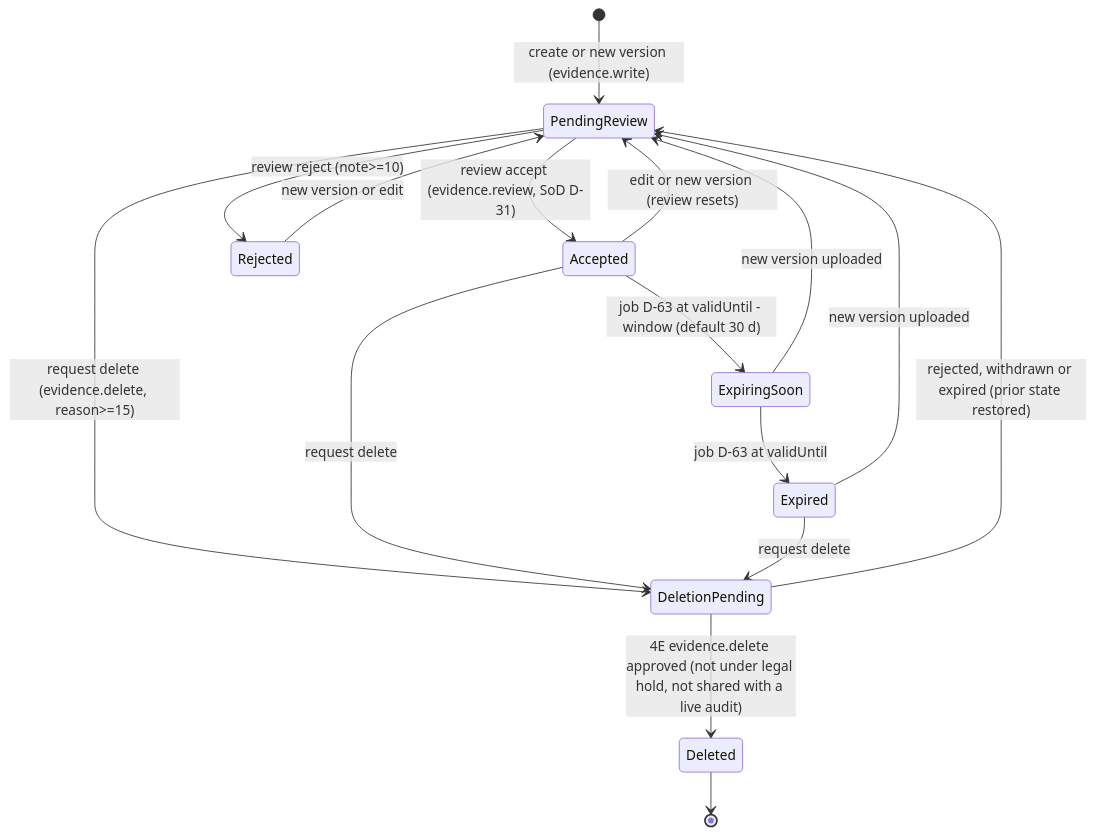
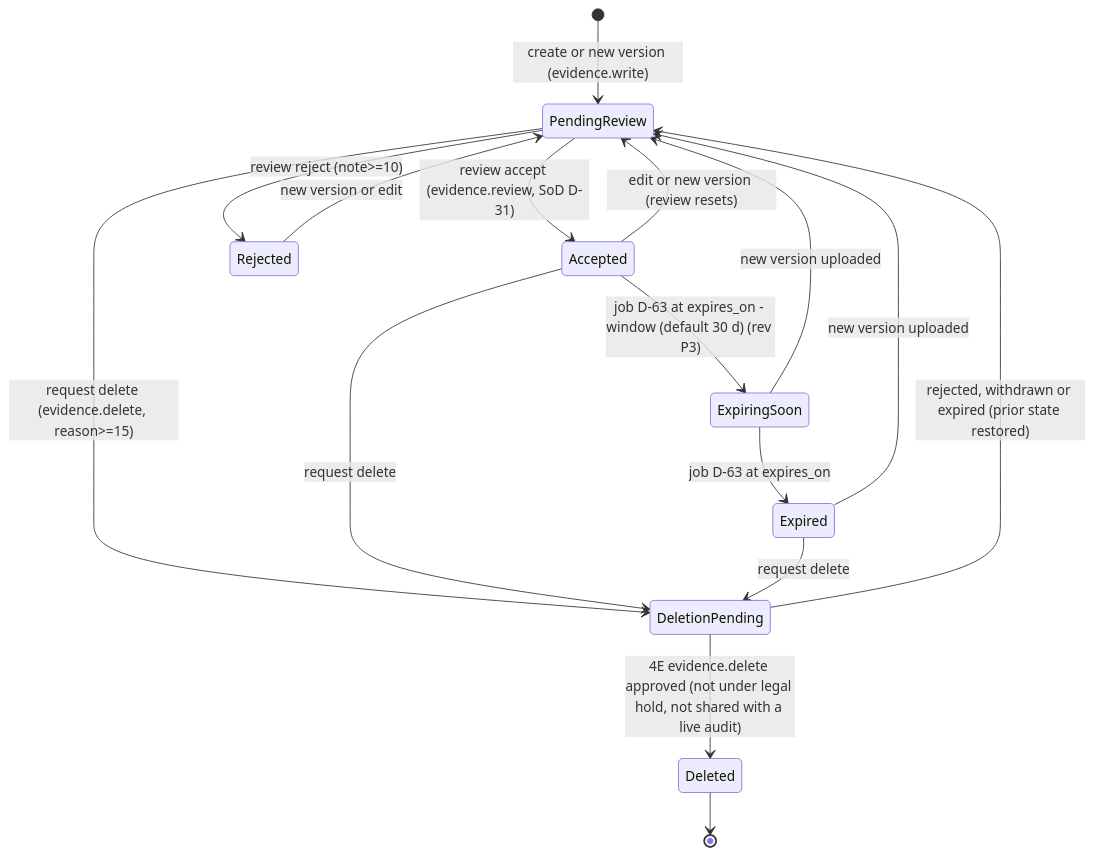
The third of 18 diagrams in docs/architecture/backend-v2/phase2/2D-workflows.md (ShahidCS/Selvara), drawn with Mermaid before and after one commit. The commit also changed other lines of this file and 4 other files, not shown here.

````diff
--- a/docs/architecture/backend-v2/phase2/2D-workflows.md
+++ b/docs/architecture/backend-v2/phase2/2D-workflows.md
@@ -75,18 +75,18 @@
 ```mermaid
 stateDiagram-v2
     [*] --> PendingReview: create or new version (evidence.write)
     PendingReview --> Accepted: review accept (evidence.review, SoD D-31)
     PendingReview --> Rejected: review reject (note>=10)
     Rejected --> PendingReview: new version or edit
     Accepted --> PendingReview: edit or new version (review resets)
-    Accepted --> ExpiringSoon: job D-63 at validUntil - window (default 30 d)
-    ExpiringSoon --> Expired: job D-63 at validUntil
+    Accepted --> ExpiringSoon: job D-63 at expires_on - window (default 30 d) (rev P3)
+    ExpiringSoon --> Expired: job D-63 at expires_on
     ExpiringSoon --> PendingReview: new version uploaded
     Expired --> PendingReview: new version uploaded
     PendingReview --> DeletionPending: request delete (evidence.delete, reason>=15)
     Accepted --> DeletionPending: request delete
     Expired --> DeletionPending: request delete
     DeletionPending --> Deleted: 4E evidence.delete approved (not under legal hold, not shared with a live audit)
     DeletionPending --> PendingReview: rejected, withdrawn or expired (prior state restored)
     Deleted --> [*]
 ```
````
